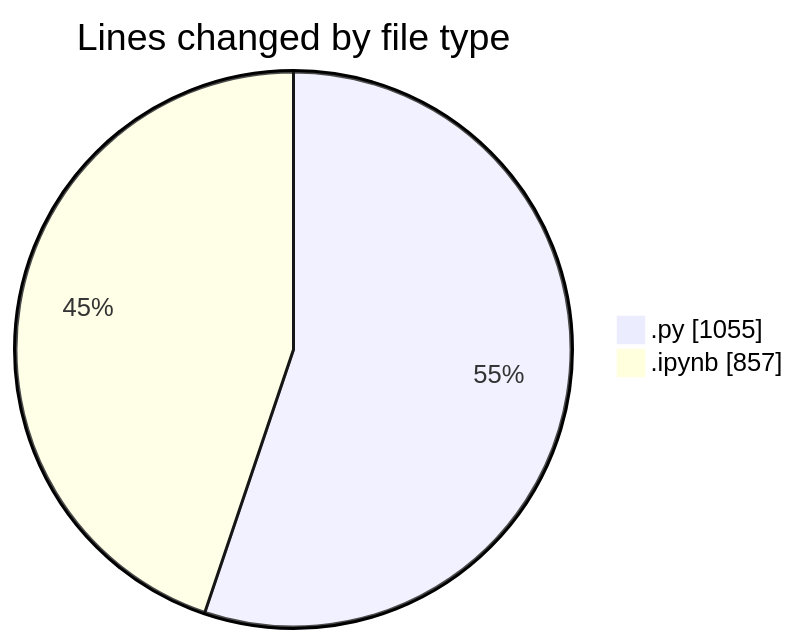
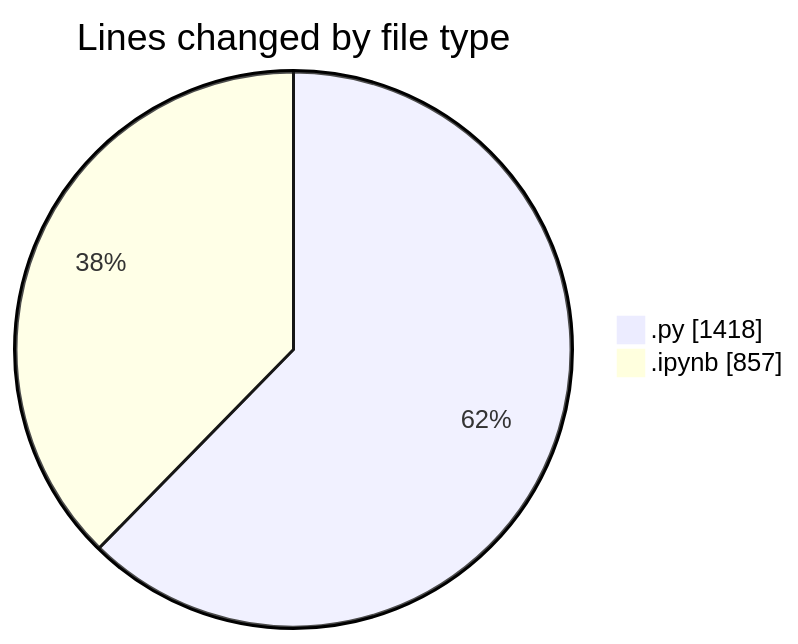
The first of 2 diagrams in 2025-11-15/untitled__workspace_/README.md (MatusMokan/code-tracking), drawn with Mermaid before and after one commit. The commit also changed other lines of this file and 1 other file, not shown here.

````diff
--- a/2025-11-15/untitled__workspace_/README.md
+++ b/2025-11-15/untitled__workspace_/README.md
@@ -24,6 +25,6 @@
 ```mermaid
 pie showData
 title Lines changed by file type
-".py" : 1055
+".py" : 1418
 ".ipynb" : 857
 ```
````
